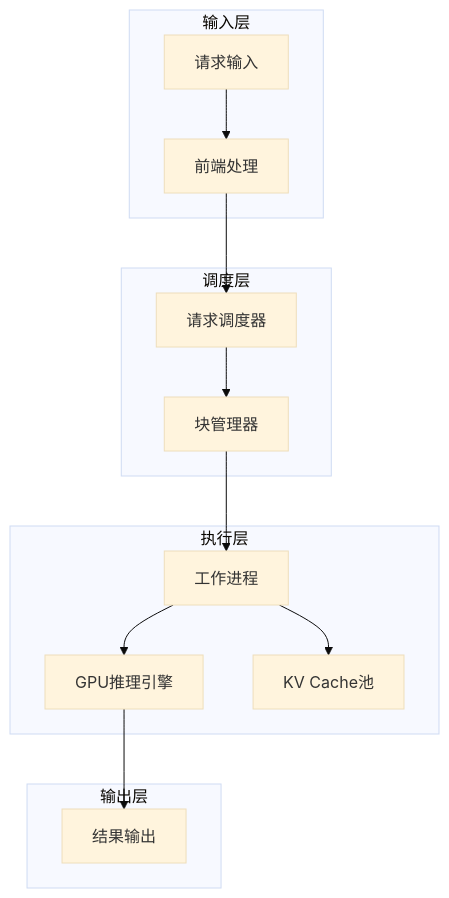
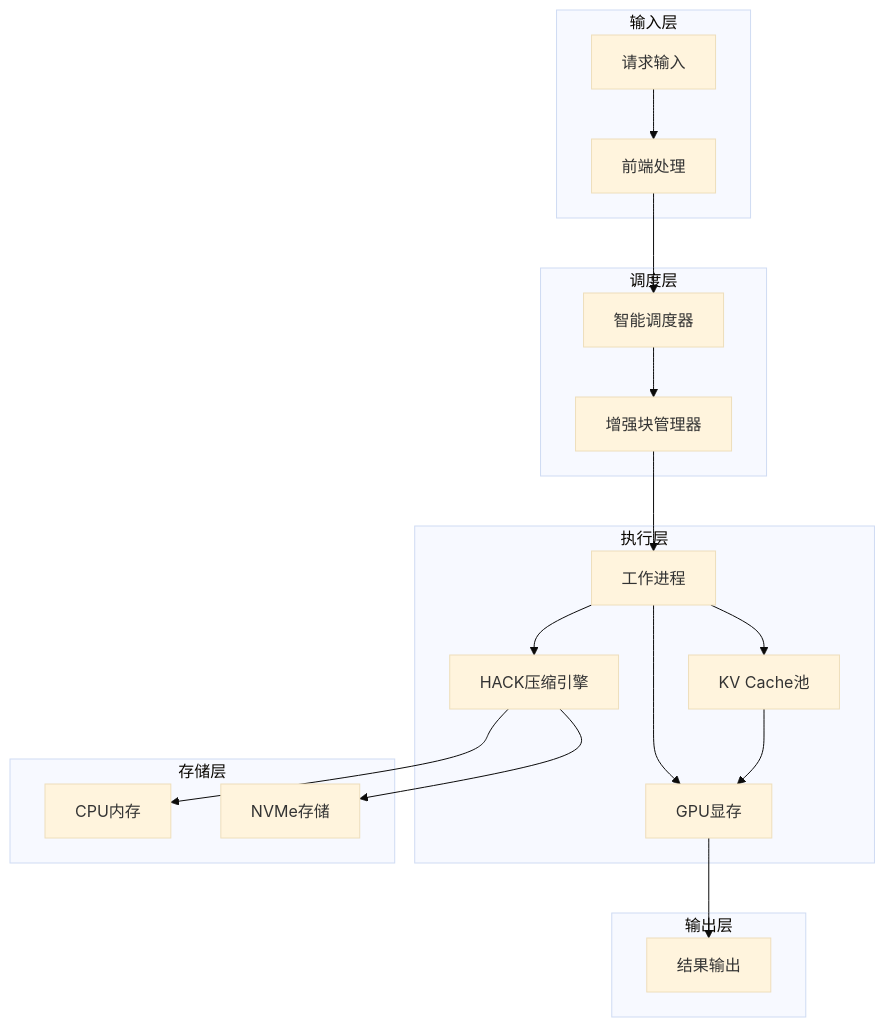
Diagram 11 of 13 in learning/website/docs/basics/16-memory-management.md (Xunzhuo/mini-sglang), drawn with Mermaid (base theme) before and after one commit. The commit also changed other lines of this file and 9 other files, not shown here.

````diff
--- a/learning/website/docs/basics/16-memory-management.md
+++ b/learning/website/docs/basics/16-memory-management.md
@@ -404,21 +536,28 @@
 ```mermaid
 graph TB
     subgraph "输入层"
         Input[请求输入] --> Frontend[前端处理]
     end
     
     subgraph "调度层"
-        Frontend --> Scheduler[请求调度器]
-        Scheduler --> BlockManager[块管理器]
+        Frontend --> Scheduler[智能调度器]
+        Scheduler --> BlockManager[增强块管理器]
     end
     
     subgraph "执行层"  
         BlockManager --> Worker[工作进程]
         Worker --> GPU[GPU推理引擎]
+        Worker --> HACK[HACK压缩引擎]
         Worker --> KVCache[KV Cache池]
+    end
+    
+    subgraph "存储层"
+        KVCache --> GPU[GPU显存]
+        HACK --> CPU[CPU内存]
+        HACK --> NVMe[NVMe存储]
     end
     
     subgraph "输出层"
         GPU --> Output[结果输出]
     end
 ```
````
